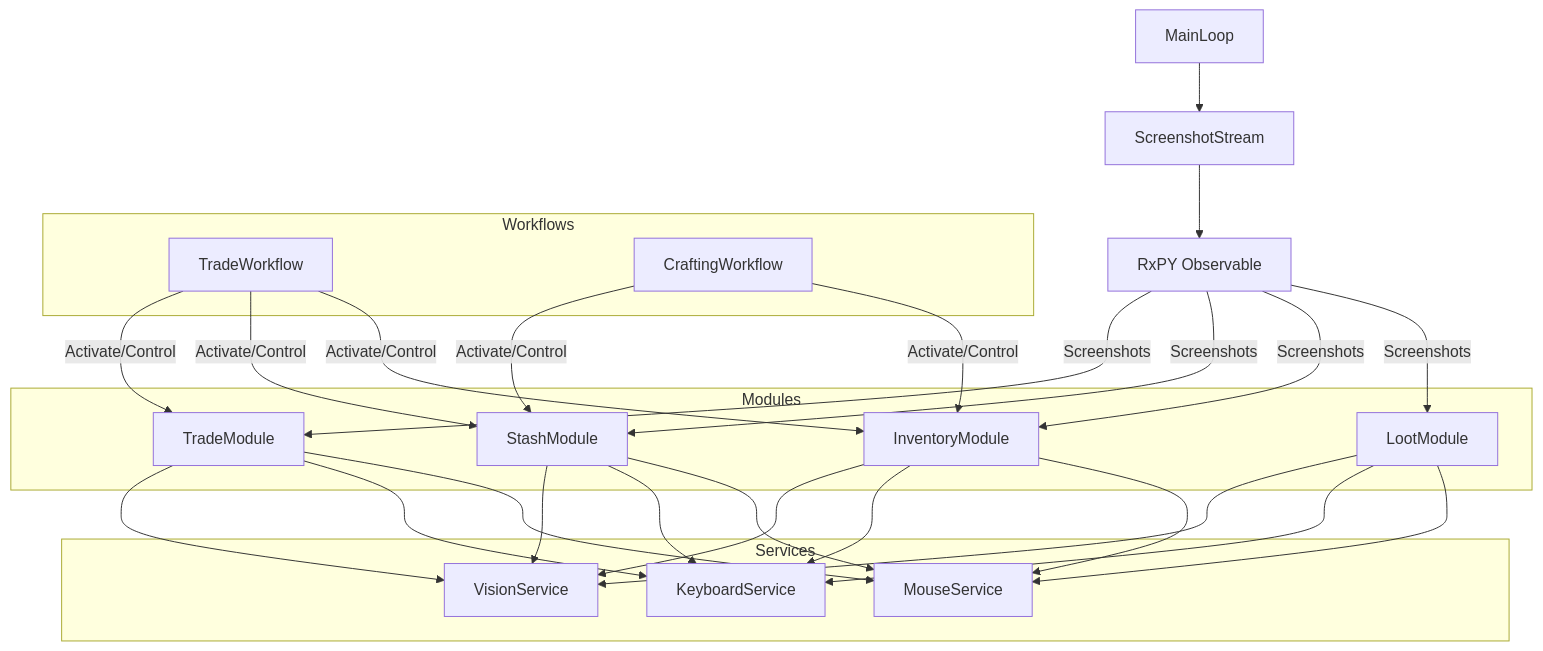
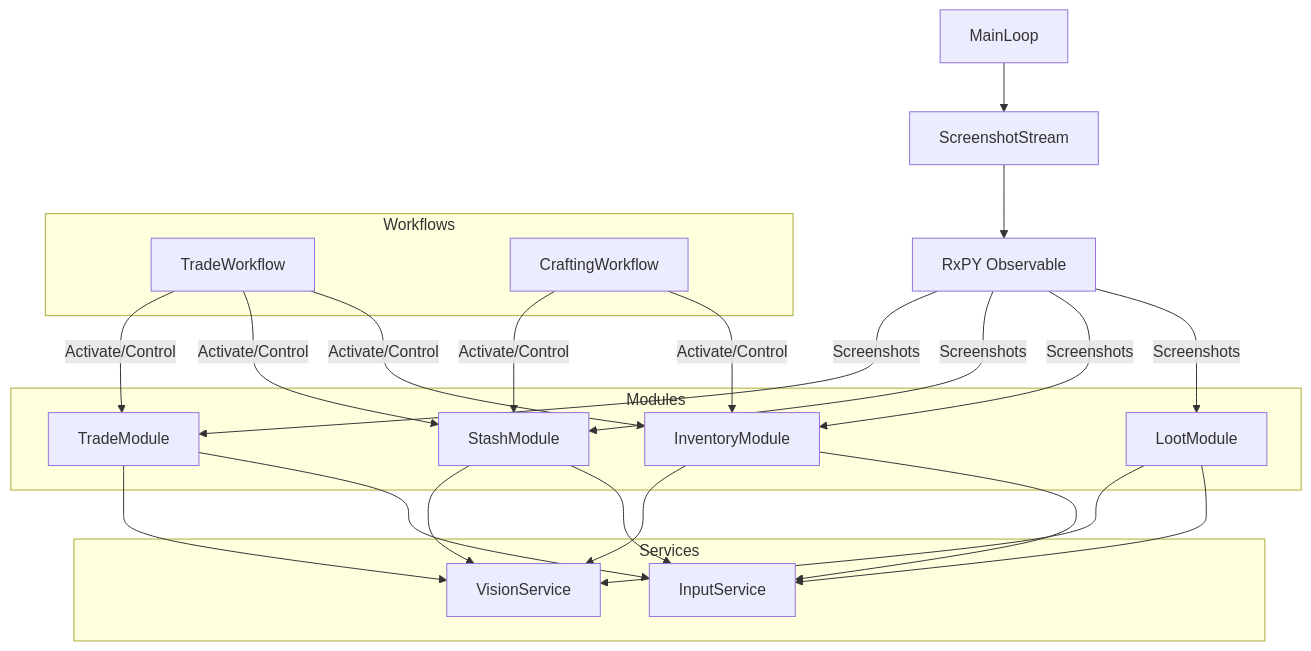
The diagram in memory_bank/systemPatterns.md (evgenipetrov/poe-sidekick), drawn with Mermaid before and after one commit. The commit also changed other lines of this file and 2 other files, not shown here.

Commit message:
Refactor documentation to reflect completion of service layer and input service integration

````diff
--- a/memory_bank/systemPatterns.md
+++ b/memory_bank/systemPatterns.md
@@ -7,30 +7,29 @@
 ```mermaid
 graph TD
     ML[MainLoop] --> SS[ScreenshotStream]
     SS --> E[RxPY Observable]
 
     subgraph Workflows
         TW[TradeWorkflow]
         CW[CraftingWorkflow]
     end
 
     subgraph Modules
         TM[TradeModule]
         SM[StashModule]
         IM[InventoryModule]
         LM[LootModule]
     end
 
     E -->|Screenshots| TM & SM & IM & LM
 
     TW -->|Activate/Control| TM & SM & IM
     CW -->|Activate/Control| SM & IM
 
     subgraph Services
         VS[VisionService]
-        KS[KeyboardService]
-        MS[MouseService]
+        IS[InputService]
     end
 
-    TM & SM & IM & LM --> VS & KS & MS
+    TM & SM & IM & LM --> VS & IS
 ```
````
